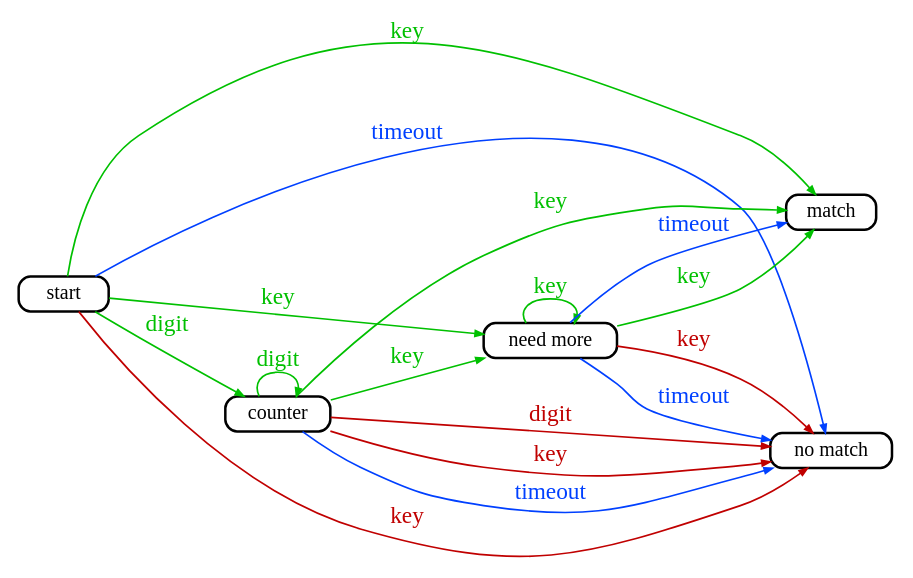
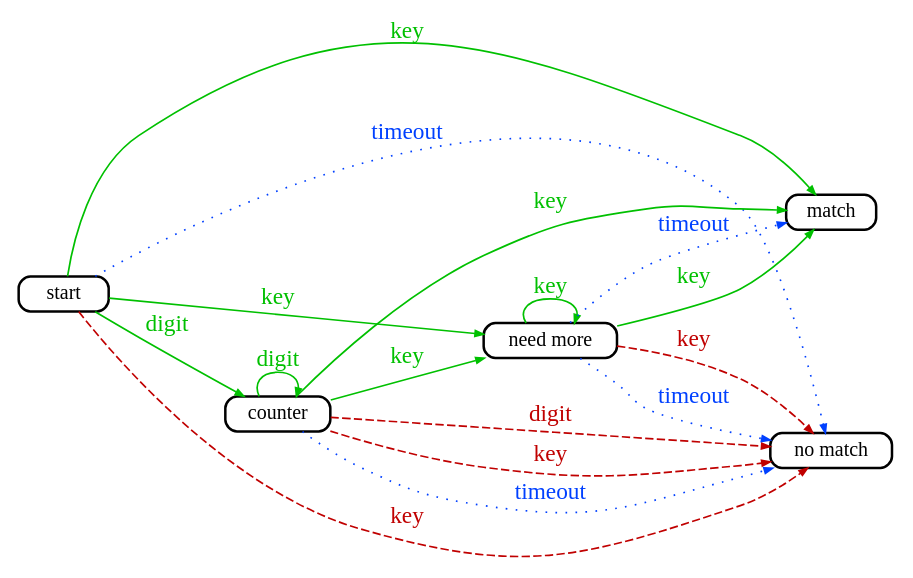
One commit to neomutt/gfx changed the diagram in arch/key-state.gv. Above: the diagram before and after it, drawn with Graphviz. The commit also changed 1 other file, not shown here.

Commit message:
key-state: dotted/dashed lines

```diff
--- a/arch/key-state.gv
+++ b/arch/key-state.gv
@@ -1,98 +1,98 @@
 digraph key_state_machine
 {
 	graph [
 		rankdir="LR"
 		nodesep="0.2"
 		ranksep="0.5"
 		compound="true"
 	]
 
 	node [
 		shape="Mrecord"
 		fontsize="12"
 		fillcolor="#ffffff"
 		style="filled"
 		height="0.2"
 		penwidth="1.5"
 		color="black"
 	]
 
 	edge [
 		penwidth="1.0"
 		arrowsize="0.5"
 	]
 
 	start     [ label="start"     ]
 	counter   [ label="counter"   ]
 	need_more [ label="need more" ]
 	match     [ label="match"     ]
 	no_match  [ label="no match"  ]
 
 	// Event: key
 	// Match: 1 exact match, 0 longer matches
 	need_more -> match     [ label="key"     fontcolor="#00c000" color="#00c000" ]
 
 	// Event: key
 	// Match: 1 exact match, no longer matches
 	start     -> match     [ label="key"     fontcolor="#00c000" color="#00c000" ]
 
 	// Event: key
 	// Match: 0 exact matches, 0 longer matches
-	start     -> no_match  [ label="key"     fontcolor="#c00000" color="#c00000" ]
+	start     -> no_match  [ label="key"     fontcolor="#c00000" color="#c00000" style="dashed" ]
 
 	// Event: digit
 	// Match: 0 exact matches, no longer matches
 	start     -> counter   [ label="digit"   fontcolor="#00c000" color="#00c000" ]
 
 	// Event: key
 	// Match: 0 exact matches, 0 longer matches
-	counter   -> no_match  [ label="key"     fontcolor="#c00000" color="#c00000" ]
+	counter   -> no_match  [ label="key"     fontcolor="#c00000" color="#c00000" style="dashed" ]
 
 	// Event: digit
 	// Match: 0 exact matches, no longer matches
 	// Notes: counter increased; still below maximum
 	counter   -> counter   [ label="digit"   fontcolor="#00c000" color="#00c000" ]
 
 	// Event: timeout
 	// Match: n/a
-	start     -> no_match  [ label="timeout" fontcolor="#0040ff" color="#0040ff" ]
+	start     -> no_match  [ label="timeout" fontcolor="#0040ff" color="#0040ff" style="dotted" ]
 
 	// Event: timeout
 	// Match: n/a
-	counter   -> no_match  [ label="timeout" fontcolor="#0040ff" color="#0040ff" ]
+	counter   -> no_match  [ label="timeout" fontcolor="#0040ff" color="#0040ff" style="dotted" ]
 
 	// Event: digit
 	// Match: 0 exact matches, no longer matches
 	// Notes: counter exceeds maximum
-	counter   -> no_match  [ label="digit"   fontcolor="#c00000" color="#c00000" ]
+	counter   -> no_match  [ label="digit"   fontcolor="#c00000" color="#c00000" style="dashed" ]
 
 	// Event: key
 	// Match: >0 longer matches
 	counter   -> need_more [ label="key"     fontcolor="#00c000" color="#00c000" ]
 
 	// Event: key
 	// Match: 0 exact matches, 0 longer matches
-	need_more -> no_match  [ label="key"     fontcolor="#c00000" color="#c00000" ]
+	need_more -> no_match  [ label="key"     fontcolor="#c00000" color="#c00000" style="dashed" ]
 
 	// Event: timeout
 	// Match: 0 exact matches, >0 longer matches
-	need_more -> no_match  [ label="timeout" fontcolor="#0040ff" color="#0040ff" ]
+	need_more -> no_match  [ label="timeout" fontcolor="#0040ff" color="#0040ff" style="dotted" ]
 
 	// Event: timeout
 	// Match: 1 exact match, >0 longer matches
-	need_more -> match     [ label="timeout" fontcolor="#0040ff" color="#0040ff" ]
+	need_more -> match     [ label="timeout" fontcolor="#0040ff" color="#0040ff" style="dotted" ]
 
 	// Event: key
 	// Match: >0 longer matches
 	start     -> need_more [ label="key"     fontcolor="#00c000" color="#00c000" ]
 
 	// Event: key
 	// Match: >0 longer matches
 	need_more -> need_more [ label="key"     fontcolor="#00c000" color="#00c000" ]
 
 	// Event: key
 	// Match: 1 exact match, 0 longer matches
 	counter   -> match     [ label="key"     fontcolor="#00c000" color="#00c000" ]
 
 
 }
```
